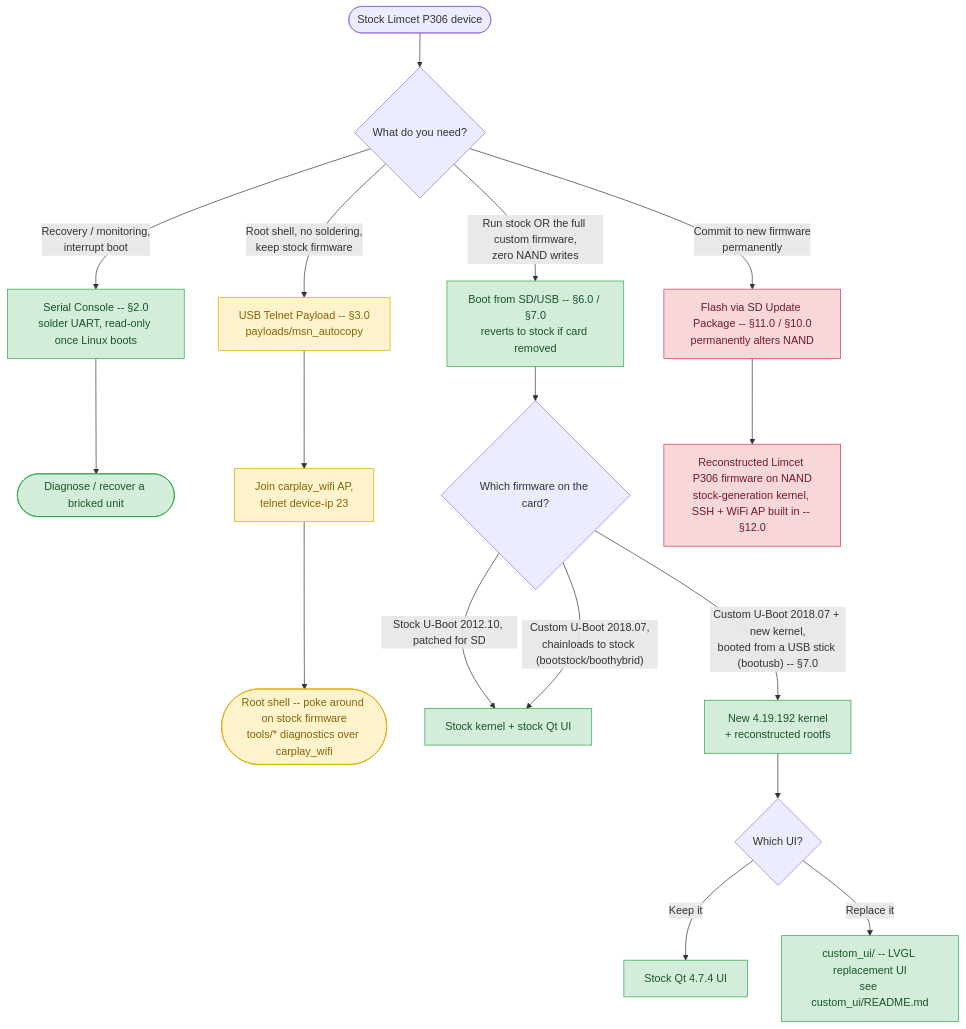
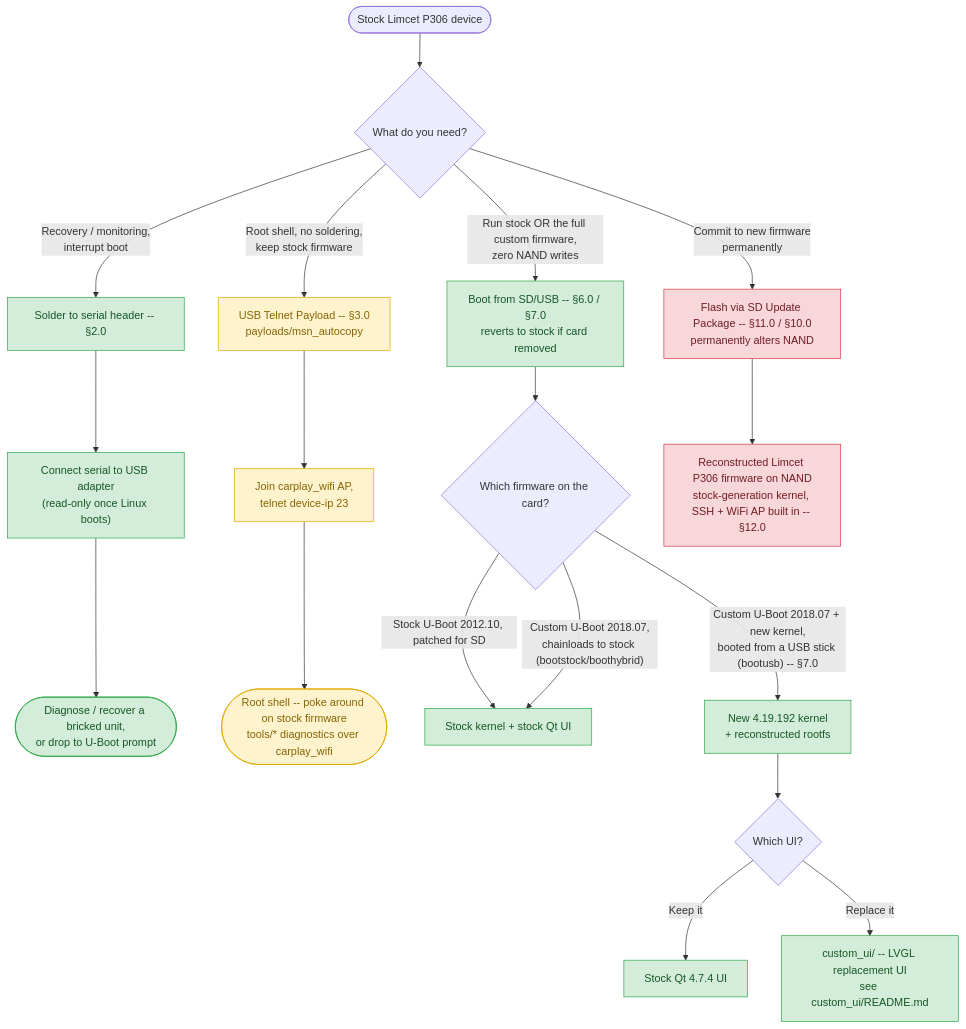
The diagram in README.md (yogihybo/Limcet-P305-Box-Android-Auto-Carplay), drawn with Mermaid before and after one commit.

Commit message:
docs: split the serial console flowchart branch into its physical steps
Matches the three-step pattern just added to the Telnet branch: solder
to the header, connect the USB-serial adapter, then diagnose/recover
or drop to the U-Boot prompt -- instead of one node collapsing the
solder step and the adapter step together.

````diff
--- a/README.md
+++ b/README.md
@@ -11,31 +11,32 @@
 ```mermaid
 flowchart TD
     Start(["Stock Limcet P306 device"]) --> Q1{"What do you need?"}
 
-    Q1 -->|"Recovery / monitoring,<br/>interrupt boot"| Serial["Serial Console -- §2.0<br/>solder UART, read-only once Linux boots"]
+    Q1 -->|"Recovery / monitoring,<br/>interrupt boot"| Serial["Solder to serial header -- §2.0"]
     Q1 -->|"Root shell, no soldering,<br/>keep stock firmware"| Telnet["USB Telnet Payload -- §3.0<br/>payloads/msn_autocopy"]
     Q1 -->|"Run stock OR the full custom firmware,<br/>zero NAND writes"| SDBoot["Boot from SD/USB -- §6.0 / §7.0<br/>reverts to stock if card removed"]
     Q1 -->|"Commit to new firmware<br/>permanently"| Flash["Flash via SD Update Package -- §11.0 / §10.0<br/>permanently alters NAND"]
 
-    Serial --> Diagnose(["Diagnose / recover a bricked unit"])
+    Serial --> USBAdapter["Connect serial to USB adapter<br/>(read-only once Linux boots)"]
+    USBAdapter --> Diagnose(["Diagnose / recover a bricked unit,<br/>or drop to U-Boot prompt"])
     Telnet --> Connect["Join carplay_wifi AP,<br/>telnet device-ip 23"]
     Connect --> Poke(["Root shell -- poke around on stock firmware<br/>tools/* diagnostics over carplay_wifi"])
 
     SDBoot --> Q2{"Which firmware on the card?"}
     Q2 -->|"Stock U-Boot 2012.10, patched for SD"| StockPath["Stock kernel + stock Qt UI"]
     Q2 -->|"Custom U-Boot 2018.07,<br/>chainloads to stock (bootstock/boothybrid)"| StockPath
     Q2 -->|"Custom U-Boot 2018.07 + new kernel,<br/>booted from a USB stick (bootusb) -- §7.0"| NewKernel["New 4.19.192 kernel<br/>+ reconstructed rootfs"]
 
     Flash --> Recon["Reconstructed Limcet P306 firmware on NAND<br/>stock-generation kernel, SSH + WiFi AP built in -- §12.0"]
 
     NewKernel --> Q3{"Which UI?"}
     Q3 -->|"Keep it"| StockUI["Stock Qt 4.7.4 UI"]
     Q3 -->|"Replace it"| CustomUI["custom_ui/ -- LVGL replacement UI<br/>see custom_ui/README.md"]
 
     classDef lowrisk fill:#d4edda,stroke:#28a745,color:#155724
     classDef medrisk fill:#fff3cd,stroke:#e0a800,color:#856404
     classDef highrisk fill:#f8d7da,stroke:#dc3545,color:#721c24
-    class Serial,SDBoot,Diagnose,StockPath,StockUI,NewKernel,CustomUI lowrisk
+    class Serial,USBAdapter,SDBoot,Diagnose,StockPath,StockUI,NewKernel,CustomUI lowrisk
     class Telnet,Connect,Poke medrisk
     class Flash,Recon highrisk
 ```
````
